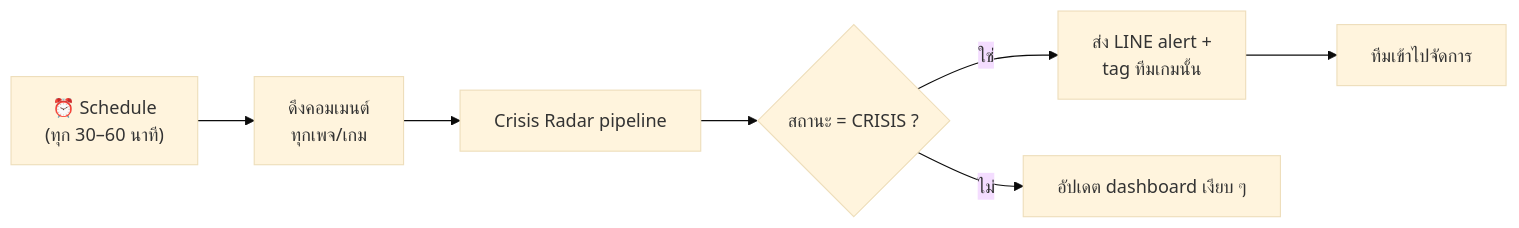
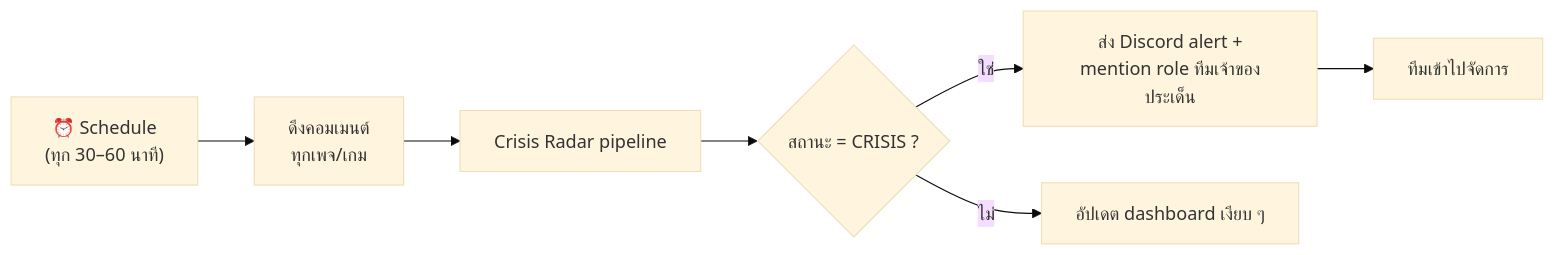
The second of 3 diagrams in docs/3_workflow_diagram.md (Shiberger/crisis-radar), drawn with Mermaid (base theme) before and after one commit. The commit also changed other lines of this file and 18 other files, not shown here.

````diff
--- a/docs/3_workflow_diagram.md
+++ b/docs/3_workflow_diagram.md
@@ -35,9 +35,9 @@
 ```mermaid
 flowchart LR
     T["⏰ Schedule<br/>(ทุก 30–60 นาที)"] --> S["ดึงคอมเมนต์<br/>ทุกเพจ/เกม"]
     S --> P["Crisis Radar pipeline"]
     P --> Q{"สถานะ = CRISIS ?"}
-    Q -->|ใช่| L["ส่ง LINE alert +<br/>tag ทีมเกมนั้น"]
+    Q -->|ใช่| L["ส่ง Discord alert +<br/>mention role ทีมเจ้าของประเด็น"]
     Q -->|ไม่| M["อัปเดต dashboard เงียบ ๆ"]
     L --> R["ทีมเข้าไปจัดการ"]
 ```
````
